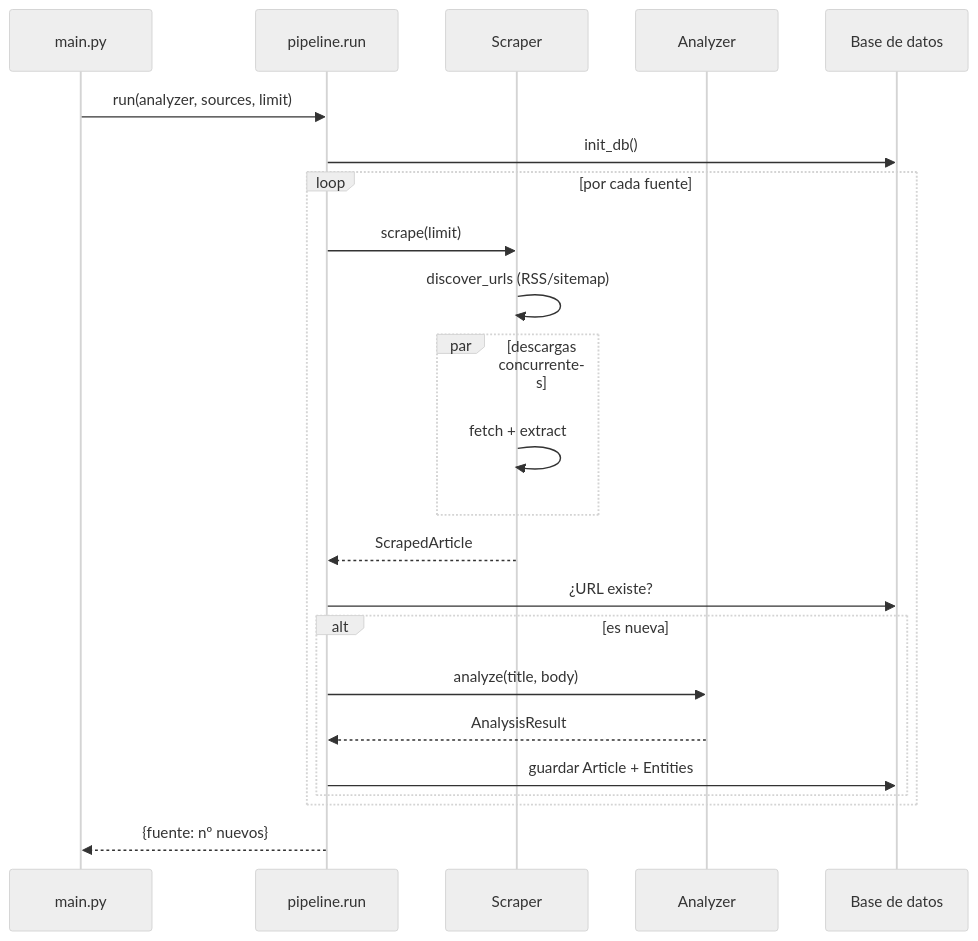
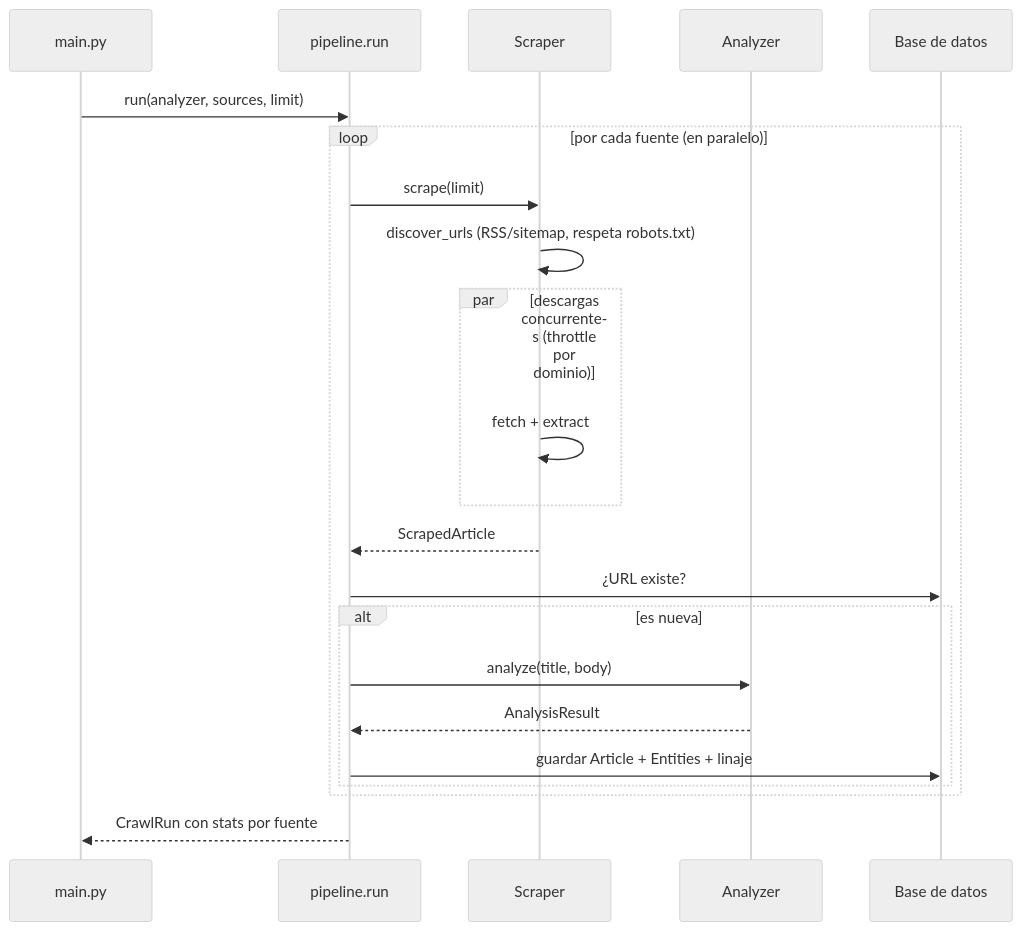
The tenth of 10 diagrams in docs/PROCESOS.md (Jcazt21/ODIN), drawn with Mermaid (neutral theme) before and after one commit. The commit also changed other lines of this file and 12 other files, not shown here.

````diff
--- a/docs/PROCESOS.md
+++ b/docs/PROCESOS.md
@@ -340,26 +564,25 @@
 ```mermaid
 sequenceDiagram
     participant CLI as main.py
     participant P as pipeline.run
     participant SC as Scraper
     participant AN as Analyzer
     participant DB as Base de datos
 
     CLI->>P: run(analyzer, sources, limit)
-    P->>DB: init_db()
-    loop por cada fuente
+    loop por cada fuente (en paralelo)
         P->>SC: scrape(limit)
-        SC->>SC: discover_urls (RSS/sitemap)
-        par descargas concurrentes
+        SC->>SC: discover_urls (RSS/sitemap, respeta robots.txt)
+        par descargas concurrentes (throttle por dominio)
             SC->>SC: fetch + extract
         end
         SC-->>P: ScrapedArticle
         P->>DB: ¿URL existe?
         alt es nueva
             P->>AN: analyze(title, body)
             AN-->>P: AnalysisResult
-            P->>DB: guardar Article + Entities
+            P->>DB: guardar Article + Entities + linaje
         end
     end
-    P-->>CLI: {fuente: nº nuevos}
+    P-->>CLI: CrawlRun con stats por fuente
 ```
````
